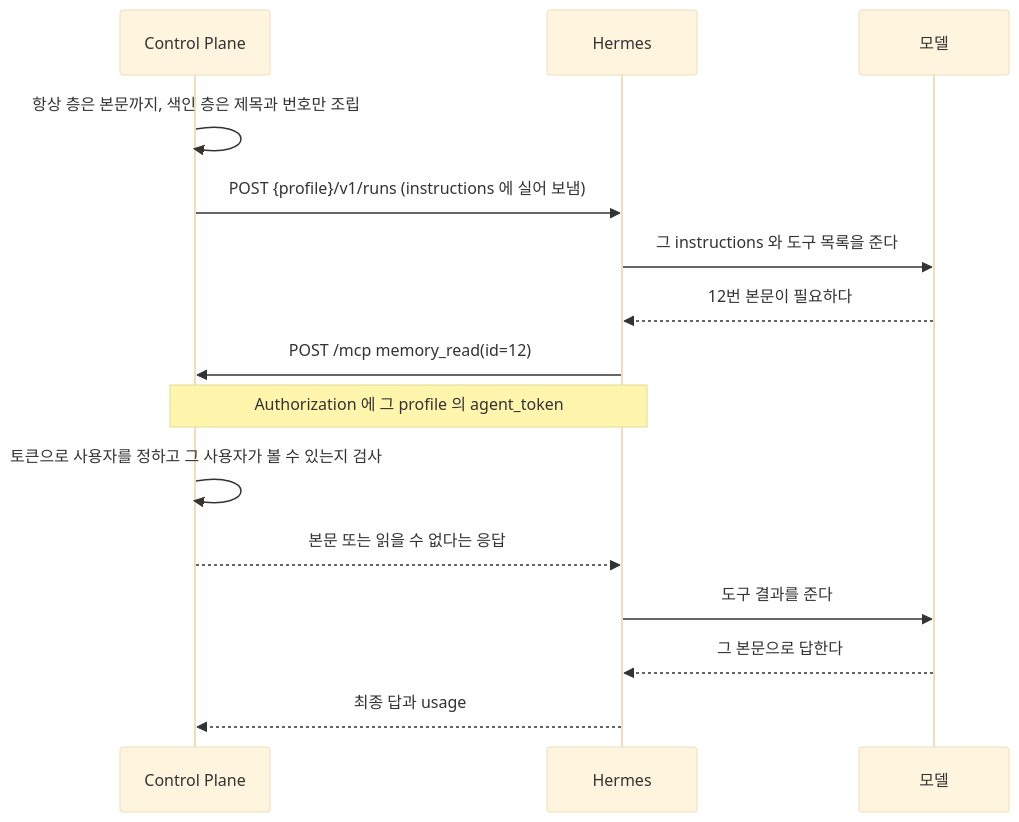
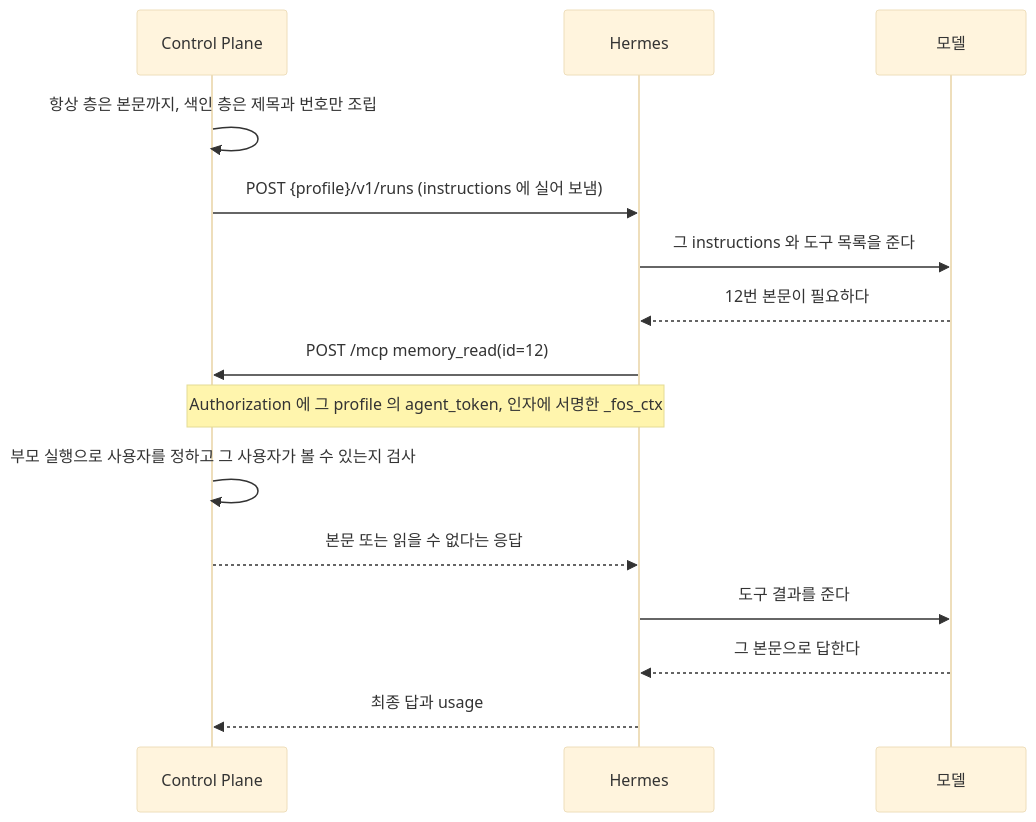
Diagram 11 of 21 in docs/flow.md (jon890/fos-assistant), drawn with Mermaid (base theme) before and after one commit. The commit also changed other lines of this file and 10 other files, not shown here.

First line of the commit message:
docs(docs): MCP 토큰은 profile 만 증명하고 요청자는 서명한 부모 실행에서 정한다는 ADR-032 와 설계를 적는다

````diff
--- a/docs/flow.md
+++ b/docs/flow.md
@@ -516,18 +579,18 @@
 ```mermaid
 sequenceDiagram
     participant C as Control Plane
     participant H as Hermes
     participant M as 모델
 
     C->>C: 항상 층은 본문까지, 색인 층은 제목과 번호만 조립
     C->>H: POST {profile}/v1/runs (instructions 에 실어 보냄)
     H->>M: 그 instructions 와 도구 목록을 준다
     M-->>H: 12번 본문이 필요하다
     H->>C: POST /mcp  memory_read(id=12)
-    Note over H,C: Authorization 에 그 profile 의 agent_token
-    C->>C: 토큰으로 사용자를 정하고 그 사용자가 볼 수 있는지 검사
+    Note over H,C: Authorization 에 그 profile 의 agent_token, 인자에 서명한 _fos_ctx
+    C->>C: 부모 실행으로 사용자를 정하고 그 사용자가 볼 수 있는지 검사
     C-->>H: 본문 또는 읽을 수 없다는 응답
     H->>M: 도구 결과를 준다
     M-->>H: 그 본문으로 답한다
     H-->>C: 최종 답과 usage
 ```
````
